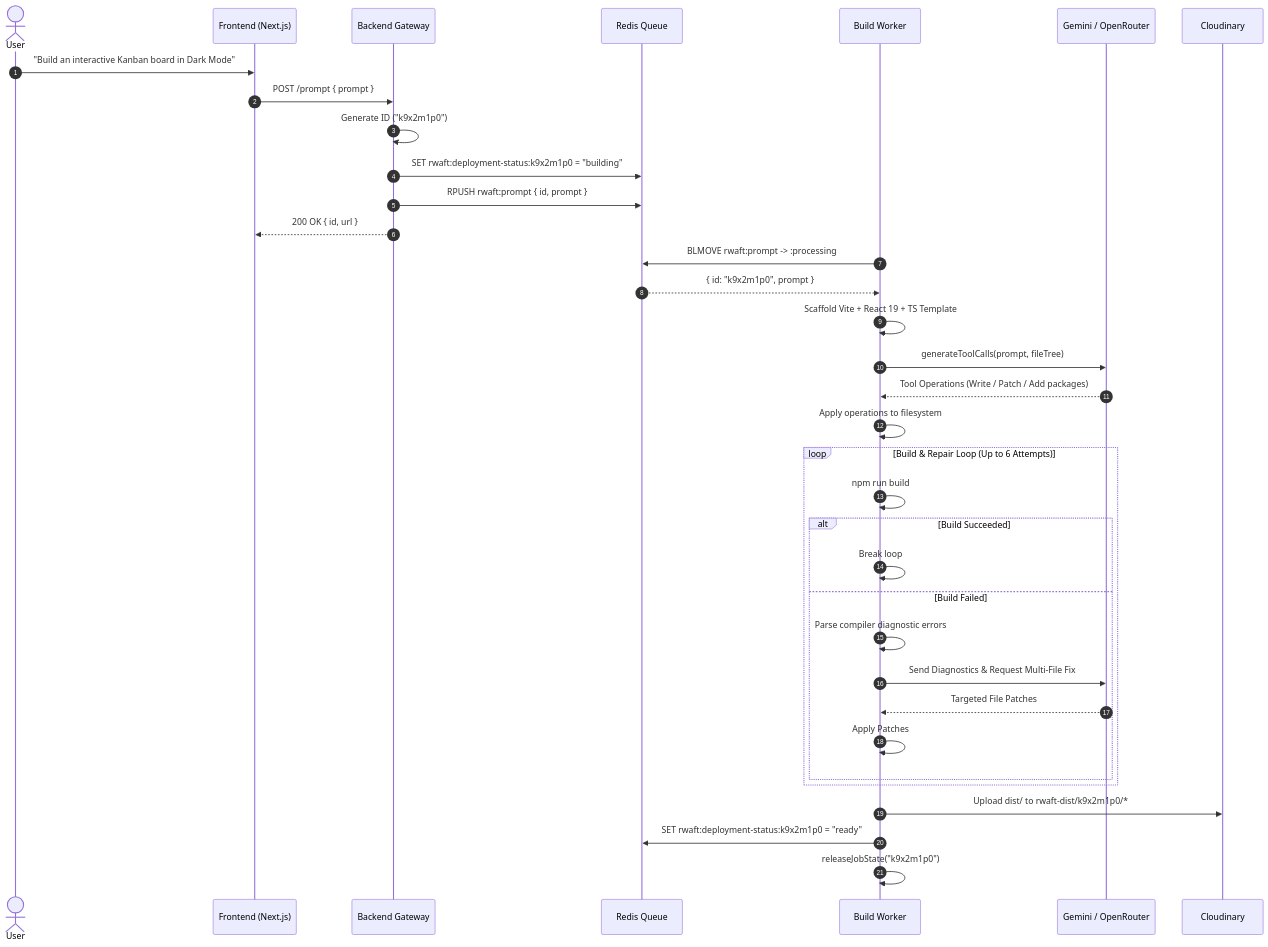
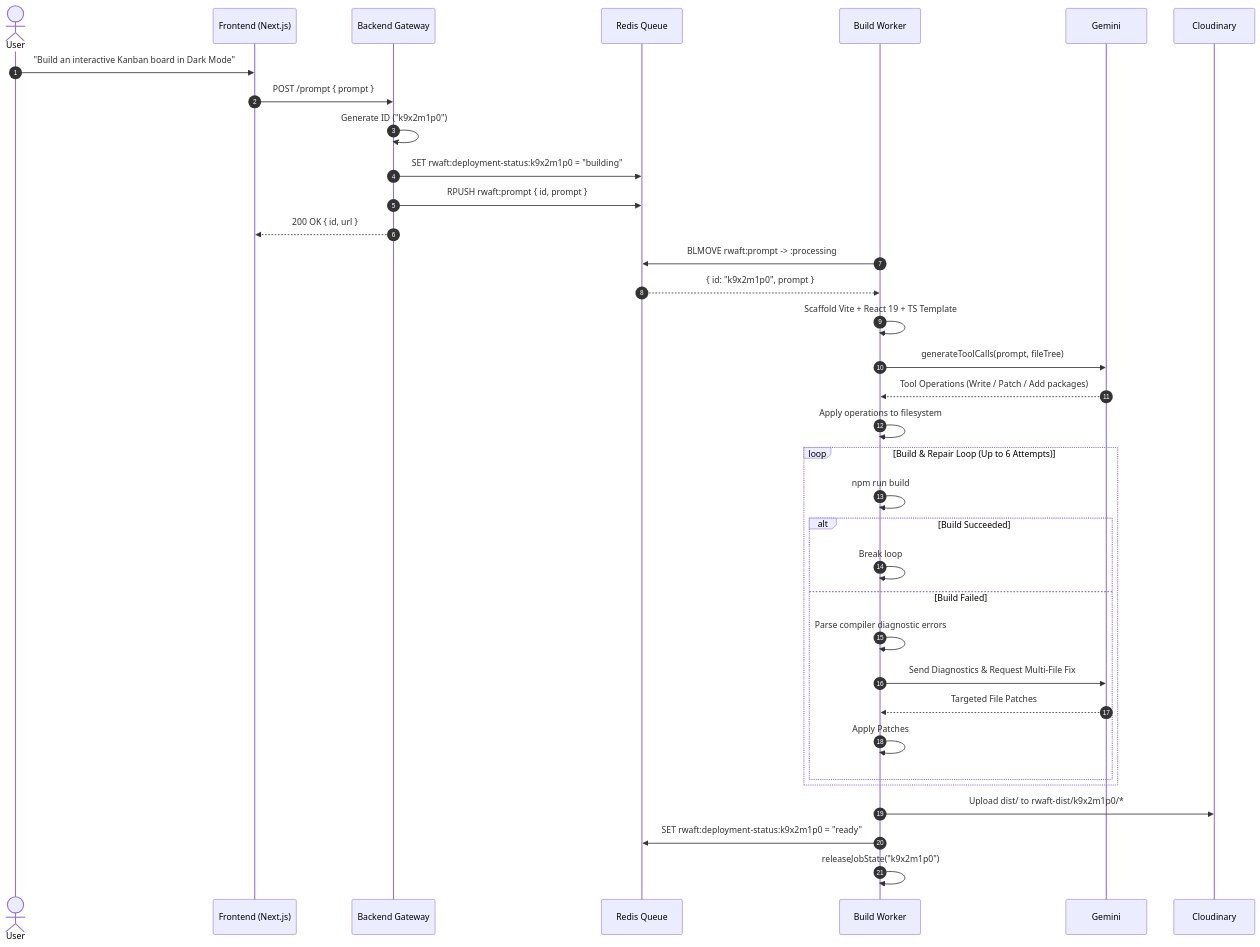
One commit to nios-x/rwaft changed the third of 4 diagrams in README.md. Above: the diagram before and after it, drawn with Mermaid. The commit also changed other lines of this file and 47 other files, not shown here.

````diff
--- a/README.md
+++ b/README.md
@@ -243,41 +213,41 @@
 ```mermaid
 sequenceDiagram
     autonumber
     actor Developer as User
     participant Front as Frontend (Next.js)
     participant API as Backend Gateway
     participant Redis as Redis Queue
     participant Worker as Build Worker
-    participant AI as Gemini / OpenRouter
+    participant AI as Gemini
     participant Cloud as Cloudinary
 
     Developer->>Front: "Build an interactive Kanban board in Dark Mode"
     Front->>API: POST /prompt { prompt }
     API->>API: Generate ID ("k9x2m1p0")
     API->>Redis: SET rwaft:deployment-status:k9x2m1p0 = "building"
     API->>Redis: RPUSH rwaft:prompt { id, prompt }
     API-->>Front: 200 OK { id, url }
 
     Worker->>Redis: BLMOVE rwaft:prompt -> :processing
     Redis-->>Worker: { id: "k9x2m1p0", prompt }
     Worker->>Worker: Scaffold Vite + React 19 + TS Template
     Worker->>AI: generateToolCalls(prompt, fileTree)
     AI-->>Worker: Tool Operations (Write / Patch / Add packages)
     Worker->>Worker: Apply operations to filesystem
 
     loop Build & Repair Loop (Up to 6 Attempts)
         Worker->>Worker: npm run build
         alt Build Succeeded
             Worker->>Worker: Break loop
         else Build Failed
             Worker->>Worker: Parse compiler diagnostic errors
             Worker->>AI: Send Diagnostics & Request Multi-File Fix
             AI-->>Worker: Targeted File Patches
             Worker->>Worker: Apply Patches
         end
     end
 
     Worker->>Cloud: Upload dist/ to rwaft-dist/k9x2m1p0/*
     Worker->>Redis: SET rwaft:deployment-status:k9x2m1p0 = "ready"
     Worker->>Worker: releaseJobState("k9x2m1p0")
 ```
````
